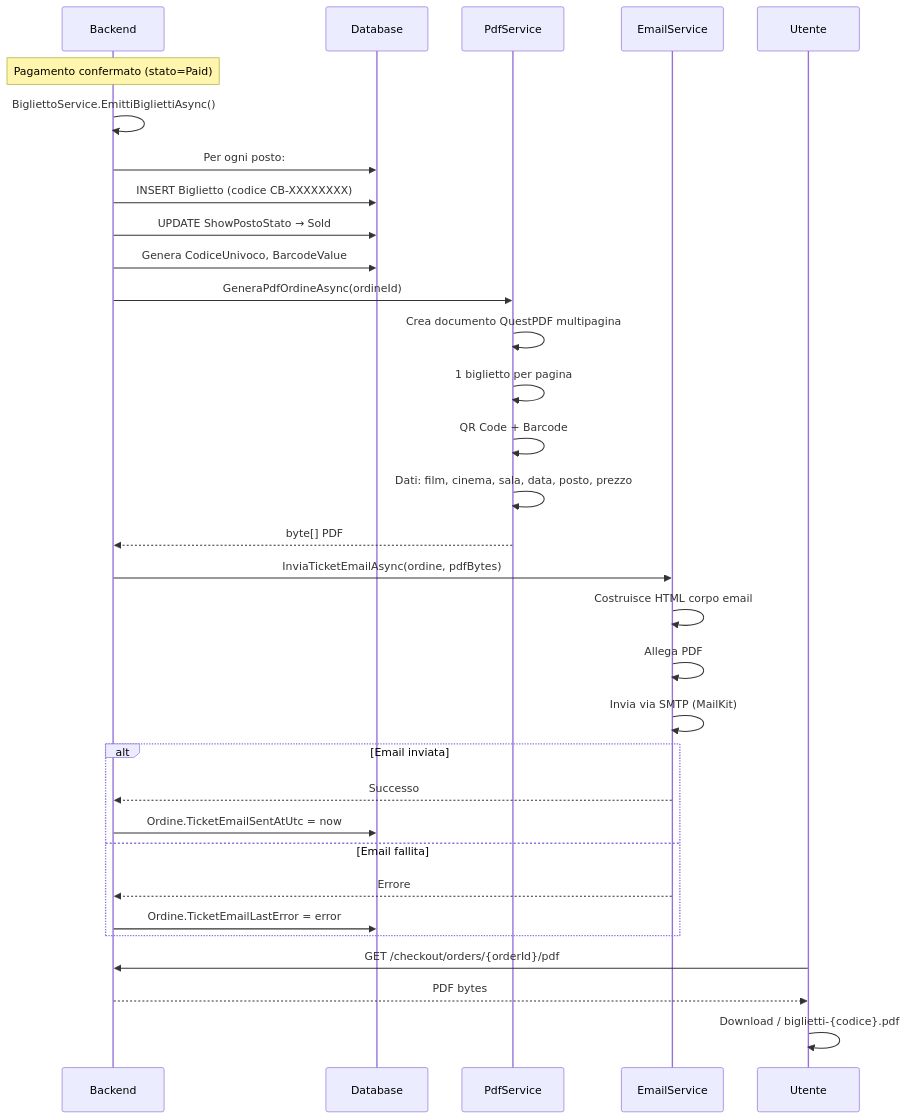
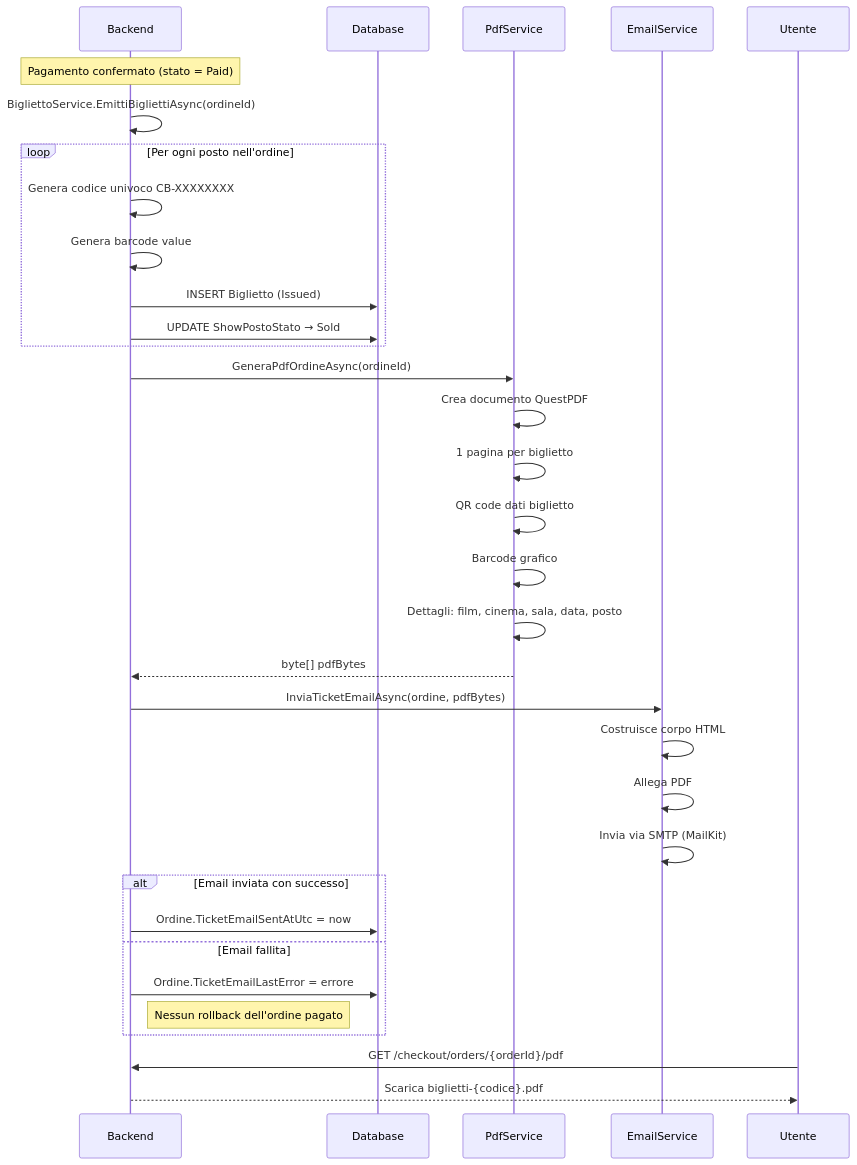
One commit to RizzoThomas/esercizioopencodefilm changed the second of 3 diagrams in film-app-dev_iteration_4/presentazione/07-ticketing.md. Above: the diagram before and after it, drawn with Mermaid. The commit also changed other lines of this file and 10 other files, not shown here.

Commit message:
docs: enhance presentazione with tables, pie charts, and detailed workflows

````diff
--- a/film-app-dev_iteration_4/presentazione/07-ticketing.md
+++ b/film-app-dev_iteration_4/presentazione/07-ticketing.md
@@ -59,39 +32,42 @@
 ```mermaid
 sequenceDiagram
     participant B as Backend
     participant DB as Database
     participant PDF as PdfService
-    participant EMAIL as EmailService
+    participant EM as EmailService
     participant U as Utente
 
-    Note over B: Pagamento confermato (stato=Paid)
-
-    B->>B: BigliettoService.EmittiBigliettiAsync()
-    B->>DB: Per ogni posto:
-    B->>DB: INSERT Biglietto (codice CB-XXXXXXXX)
-    B->>DB: UPDATE ShowPostoStato → Sold
-    B->>DB: Genera CodiceUnivoco, BarcodeValue
+    Note over B: Pagamento confermato (stato = Paid)
+    
+    B->>B: BigliettoService.EmittiBigliettiAsync(ordineId)
+    
+    loop Per ogni posto nell'ordine
+        B->>B: Genera codice univoco CB-XXXXXXXX
+        B->>B: Genera barcode value
+        B->>DB: INSERT Biglietto (Issued)
+        B->>DB: UPDATE ShowPostoStato → Sold
+    end
 
     B->>PDF: GeneraPdfOrdineAsync(ordineId)
-    PDF->>PDF: Crea documento QuestPDF multipagina
-    PDF->>PDF: 1 biglietto per pagina
-    PDF->>PDF: QR Code + Barcode
-    PDF->>PDF: Dati: film, cinema, sala, data, posto, prezzo
-    PDF-->>B: byte[] PDF
+    PDF->>PDF: Crea documento QuestPDF
+    PDF->>PDF: 1 pagina per biglietto
+    PDF->>PDF: QR code dati biglietto
+    PDF->>PDF: Barcode grafico
+    PDF->>PDF: Dettagli: film, cinema, sala, data, posto
+    PDF-->>B: byte[] pdfBytes
 
-    B->>EMAIL: InviaTicketEmailAsync(ordine, pdfBytes)
-    EMAIL->>EMAIL: Costruisce HTML corpo email
-    EMAIL->>EMAIL: Allega PDF
-    EMAIL->>EMAIL: Invia via SMTP (MailKit)
-    alt Email inviata
-        EMAIL-->>B: Successo
+    B->>EM: InviaTicketEmailAsync(ordine, pdfBytes)
+    EM->>EM: Costruisce corpo HTML
+    EM->>EM: Allega PDF
+    EM->>EM: Invia via SMTP (MailKit)
+
+    Alt Email inviata con successo
         B->>DB: Ordine.TicketEmailSentAtUtc = now
-    else Email fallita
-        EMAIL-->>B: Errore
-        B->>DB: Ordine.TicketEmailLastError = error
-    end
+    Else Email fallita
+        B->>DB: Ordine.TicketEmailLastError = errore
+        Note right of B: Nessun rollback dell'ordine pagato
+    End
 
     U->>B: GET /checkout/orders/{orderId}/pdf
-    B-->>U: PDF bytes
-    U->>U: Download / biglietti-{codice}.pdf
+    B-->>U: Scarica biglietti-{codice}.pdf
 ```
````
